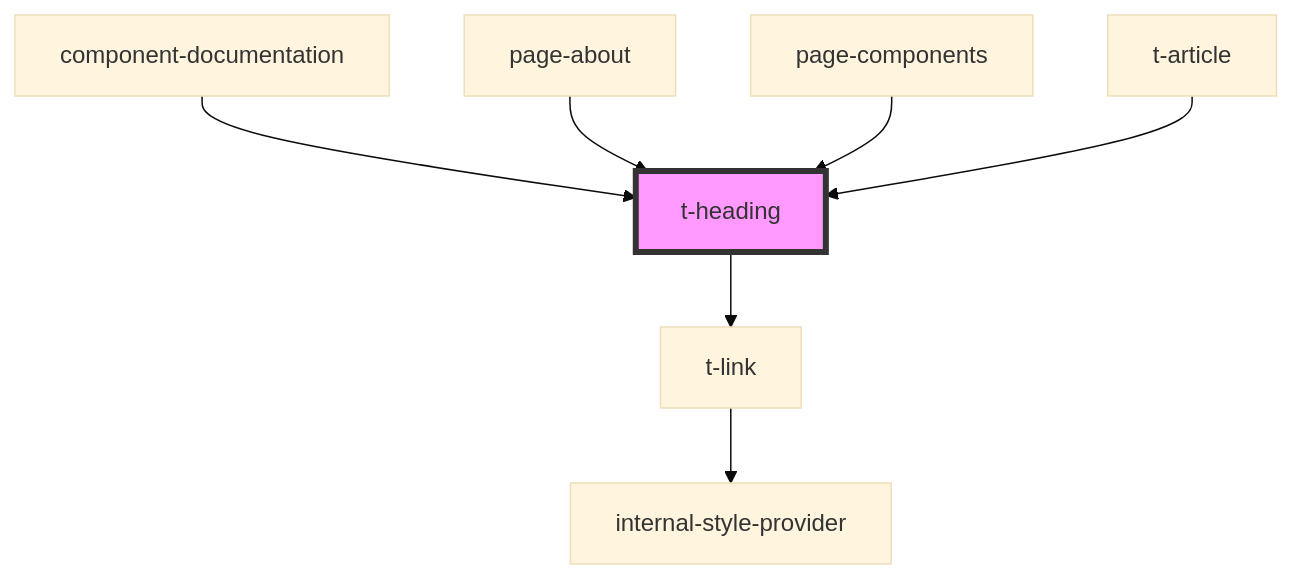
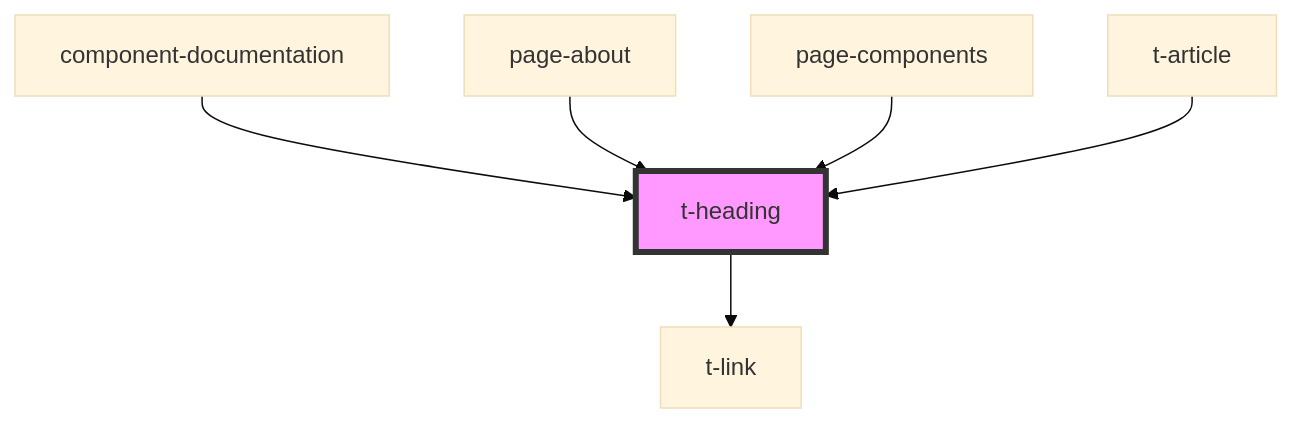
One commit to TomasEng/web-components changed the diagram in packages/t-web-components/src/components/t-heading/readme.md. Above: the diagram before and after it, drawn with Mermaid (base theme). The commit also changed 63 other files, not shown here.

````diff
--- a/packages/t-web-components/src/components/t-heading/readme.md
+++ b/packages/t-web-components/src/components/t-heading/readme.md
@@ -29,10 +29,9 @@
 ```mermaid
 graph TD;
   t-heading --> t-link
-  t-link --> internal-style-provider
   component-documentation --> t-heading
   page-about --> t-heading
   page-components --> t-heading
   t-article --> t-heading
   style t-heading fill:#f9f,stroke:#333,stroke-width:4px
 ```
````
